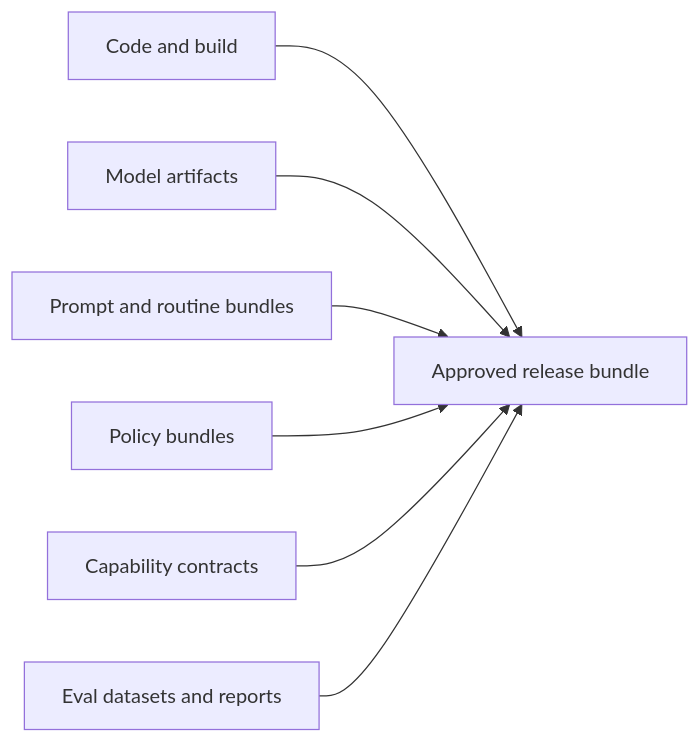
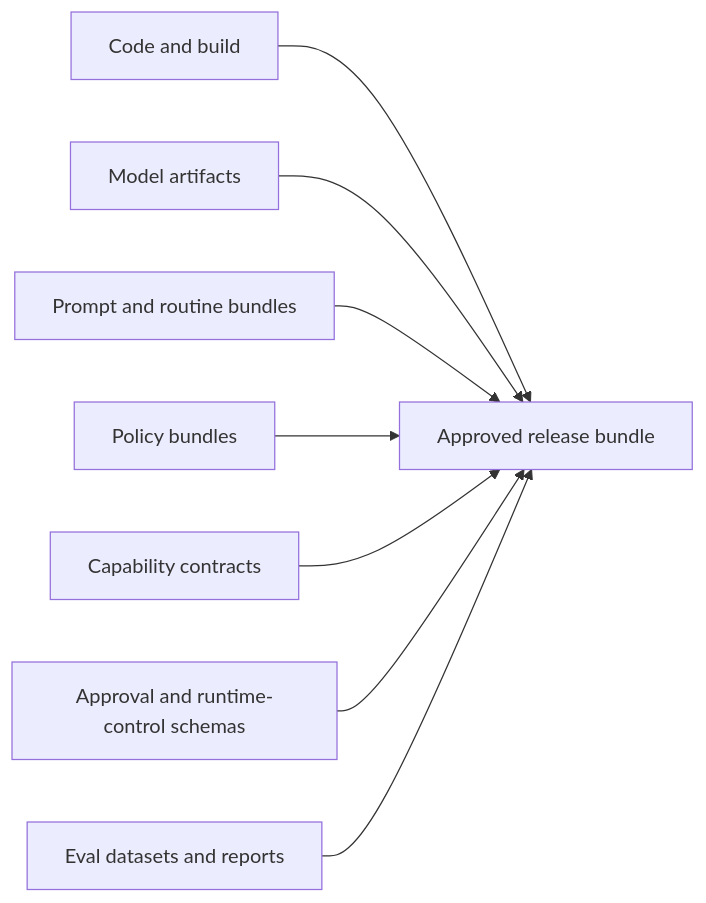
Before and after one commit to agent-axiom/agent-arch: the diagram in docs/book/part-viii/chapter-22.en.md, drawn with Mermaid. The commit also changed other lines of this file and 2 other files, not shown here.

Commit message:
Strengthen artifact governance chapter with contract schema discipline

````diff
--- a/docs/book/part-viii/chapter-22.en.md
+++ b/docs/book/part-viii/chapter-22.en.md
@@ -97,9 +102,10 @@
 ``` mermaid
 flowchart LR
     A["Code and build"] --> G["Approved release bundle"]
     B["Model artifacts"] --> G
     C["Prompt and routine bundles"] --> G
     D["Policy bundles"] --> G
     E["Capability contracts"] --> G
-    F["Eval datasets and reports"] --> G
+    F["Approval and runtime-control schemas"] --> G
+    H["Eval datasets and reports"] --> G
 ```
````
